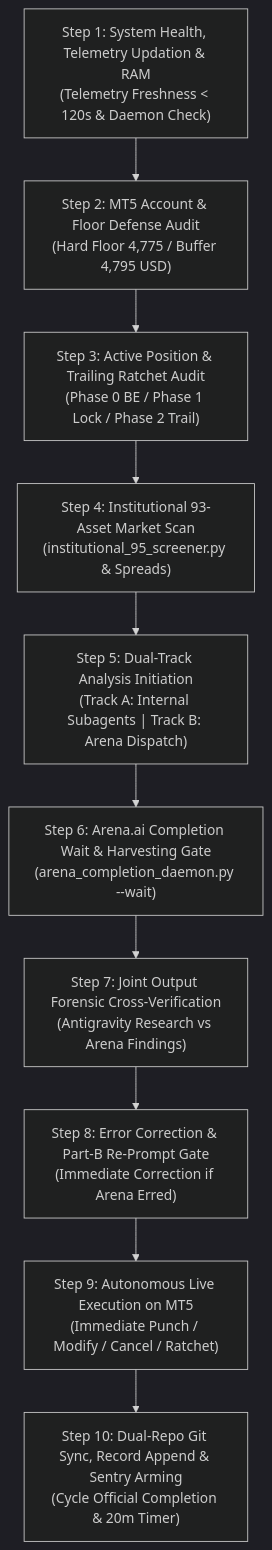
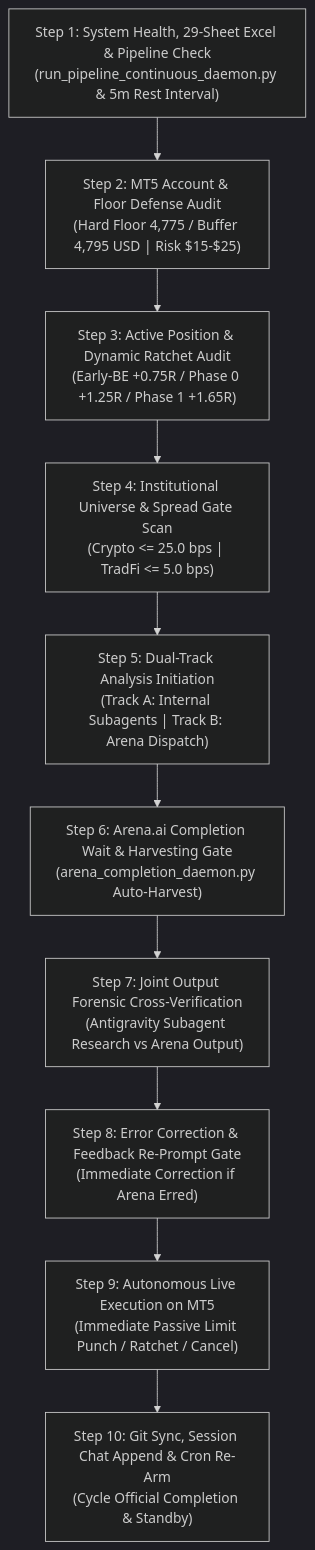
Before and after one commit to kbsingh1399/Trading_2: the diagram in docs/specs/AUTONOMOUS_WAKEUP_CHECKLIST.md, drawn with Mermaid (dark theme). The commit also changed other lines of this file and 2 other files, not shown here.

Commit message:
docs(specs): update AUTONOMOUS_WAKEUP_CHECKLIST to 29-sheet warehouse and 20m cron cadence

````diff
--- a/docs/specs/AUTONOMOUS_WAKEUP_CHECKLIST.md
+++ b/docs/specs/AUTONOMOUS_WAKEUP_CHECKLIST.md
@@ -14,12 +15,12 @@
 ```mermaid
 flowchart TD
-    S1["Step 1: System Health, Telemetry Updation & RAM<br/>(Telemetry Freshness < 120s & Daemon Check)"] --> S2["Step 2: MT5 Account & Floor Defense Audit<br/>(Hard Floor 4,775 / Buffer 4,795 USD)"]
-    S2 --> S3["Step 3: Active Position & Trailing Ratchet Audit<br/>(Phase 0 BE / Phase 1 Lock / Phase 2 Trail)"]
-    S3 --> S4["Step 4: Institutional 93-Asset Market Scan<br/>(institutional_95_screener.py & Spreads)"]
+    S1["Step 1: System Health, 29-Sheet Excel & Pipeline Check<br/>(run_pipeline_continuous_daemon.py & 5m Rest Interval)"] --> S2["Step 2: MT5 Account & Floor Defense Audit<br/>(Hard Floor 4,775 / Buffer 4,795 USD | Risk $15-$25)"]
+    S2 --> S3["Step 3: Active Position & Dynamic Ratchet Audit<br/>(Early-BE +0.75R / Phase 0 +1.25R / Phase 1 +1.65R)"]
+    S3 --> S4["Step 4: Institutional Universe & Spread Gate Scan<br/>(Crypto <= 25.0 bps | TradFi <= 5.0 bps)"]
     S4 --> S5["Step 5: Dual-Track Analysis Initiation<br/>(Track A: Internal Subagents | Track B: Arena Dispatch)"]
-    S5 --> S6["Step 6: Arena.ai Completion Wait & Harvesting Gate<br/>(arena_completion_daemon.py --wait)"]
-    S6 --> S7["Step 7: Joint Output Forensic Cross-Verification<br/>(Antigravity Research vs Arena Findings)"]
-    S7 --> S8["Step 8: Error Correction & Part-B Re-Prompt Gate<br/>(Immediate Correction if Arena Erred)"]
-    S8 --> S9["Step 9: Autonomous Live Execution on MT5<br/>(Immediate Punch / Modify / Cancel / Ratchet)"]
-    S9 --> S10["Step 10: Dual-Repo Git Sync, Record Append & Sentry Arming<br/>(Cycle Official Completion & 20m Timer)"]
+    S5 --> S6["Step 6: Arena.ai Completion Wait & Harvesting Gate<br/>(arena_completion_daemon.py Auto-Harvest)"]
+    S6 --> S7["Step 7: Joint Output Forensic Cross-Verification<br/>(Antigravity Subagent Research vs Arena Output)"]
+    S7 --> S8["Step 8: Error Correction & Feedback Re-Prompt Gate<br/>(Immediate Correction if Arena Erred)"]
+    S8 --> S9["Step 9: Autonomous Live Execution on MT5<br/>(Immediate Passive Limit Punch / Ratchet / Cancel)"]
+    S9 --> S10["Step 10: Git Sync, Session Chat Append & Cron Re-Arm<br/>(Cycle Official Completion & Standby)"]
 ```
````
